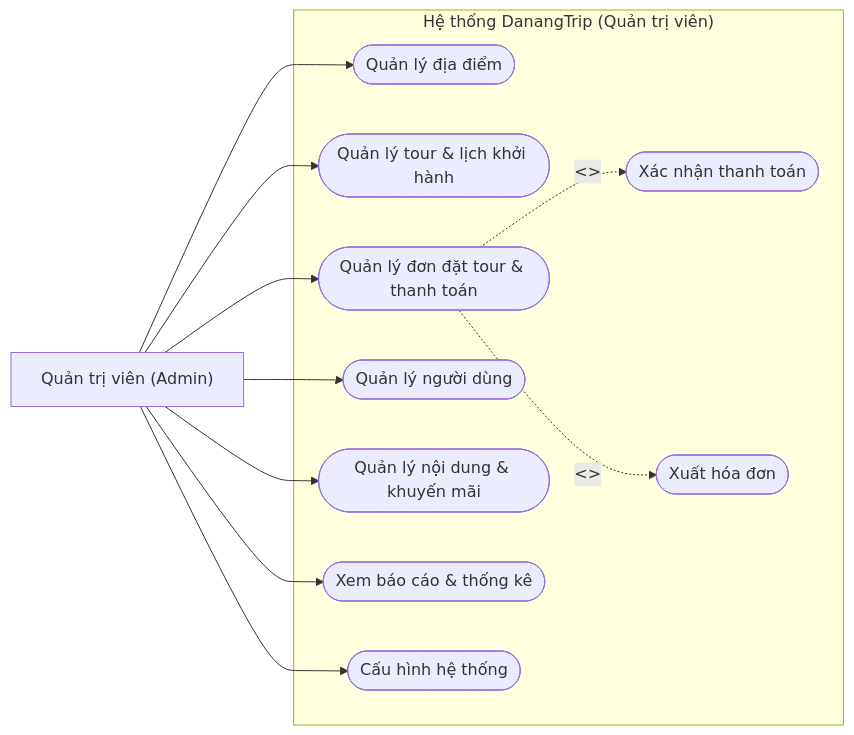
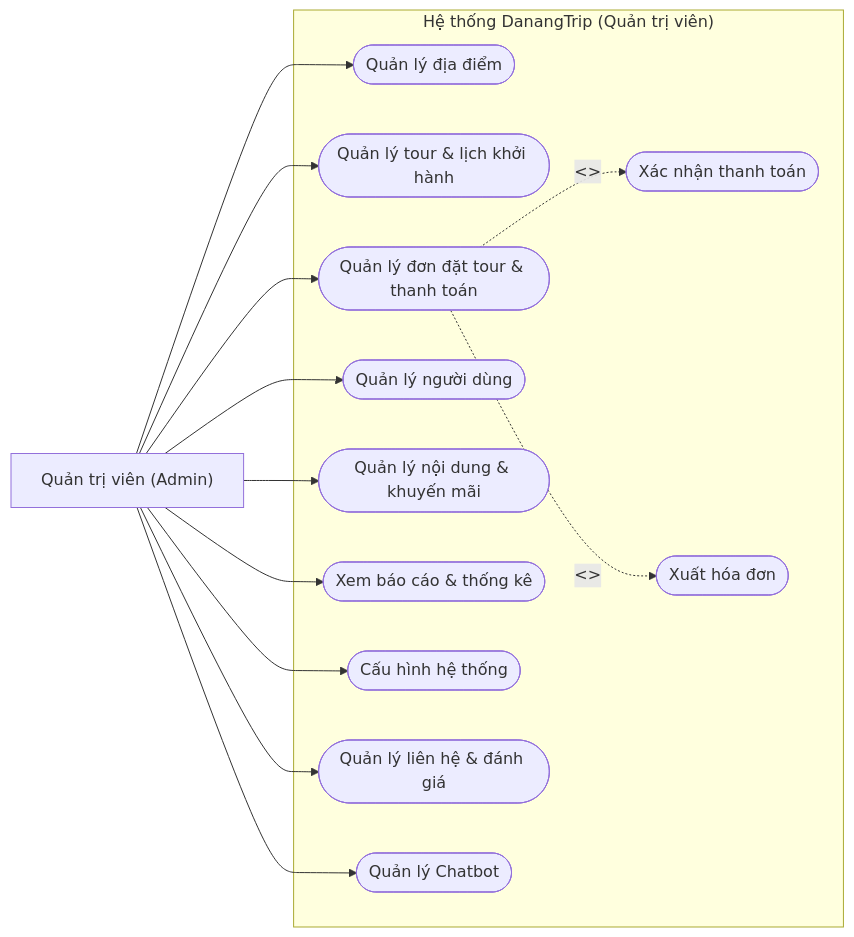
The third of 10 diagrams in bao-cao-do-an-danangtrip-md/03_chuong_2_phan_tich_thiet_ke_he_thong.md (TayDuyNguyen/DATN_Document), drawn with Mermaid before and after one commit. The commit also changed other lines of this file and 5 other files, not shown here.

````diff
--- a/bao-cao-do-an-danangtrip-md/03_chuong_2_phan_tich_thiet_ke_he_thong.md
+++ b/bao-cao-do-an-danangtrip-md/03_chuong_2_phan_tich_thiet_ke_he_thong.md
@@ -162,25 +165,29 @@
 ```mermaid
 flowchart LR
     subgraph HeThongAdmin ["Hệ thống DanangTrip (Quản trị viên)"]
         UC25(["Quản lý địa điểm"])
         UC08(["Quản lý tour & lịch khởi hành"])
         UC09(["Quản lý đơn đặt tour & thanh toán"])
         UC26(["Quản lý người dùng"])
         UC27(["Quản lý nội dung & khuyến mãi"])
         UC28(["Xem báo cáo & thống kê"])
         UC29(["Cấu hình hệ thống"])
         UC30(["Xác nhận thanh toán"])
         UC31(["Xuất hóa đơn"])
+        UC33(["Quản lý liên hệ & đánh giá"])
+        UC35(["Quản lý Chatbot"])
 
         UC09 -.->|"<<include>>"| UC30
         UC09 -.->|"<<include>>"| UC31
     end
 
     Admin["Quản trị viên (Admin)"] --> UC25
     Admin --> UC08
     Admin --> UC09
     Admin --> UC26
     Admin --> UC27
     Admin --> UC28
     Admin --> UC29
+    Admin --> UC33
+    Admin --> UC35
 ```
````
